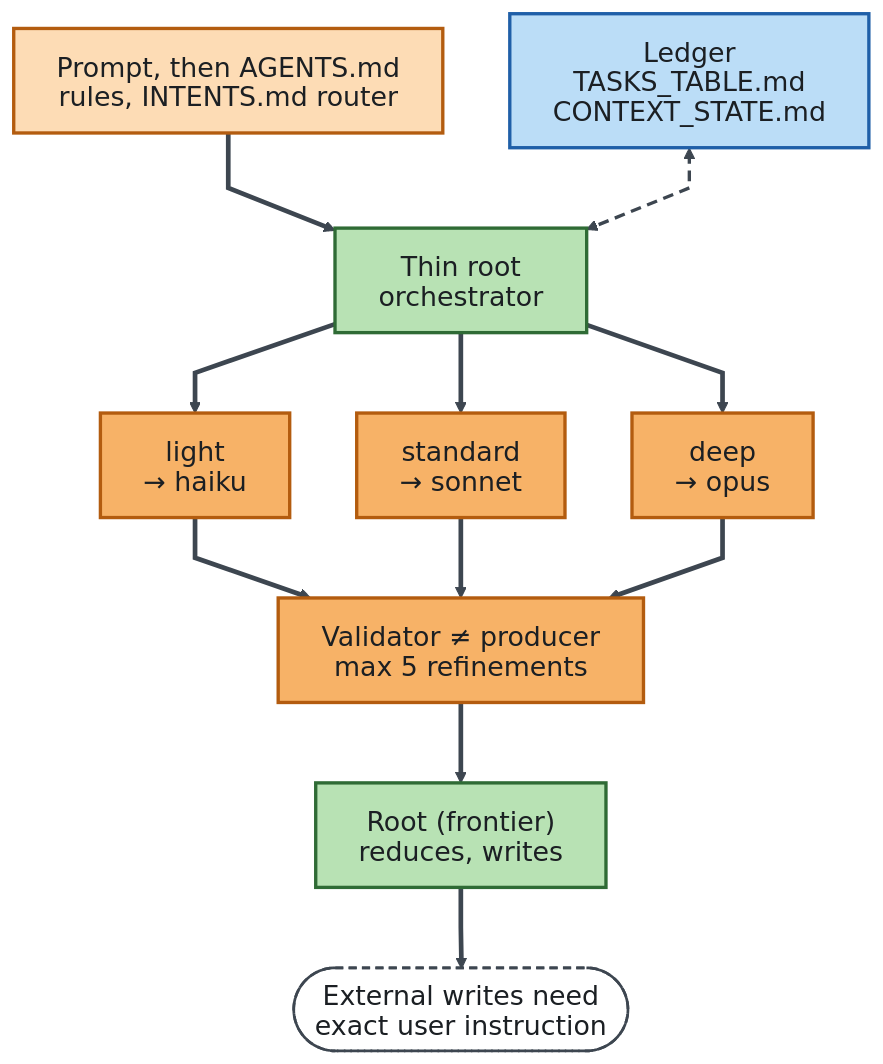
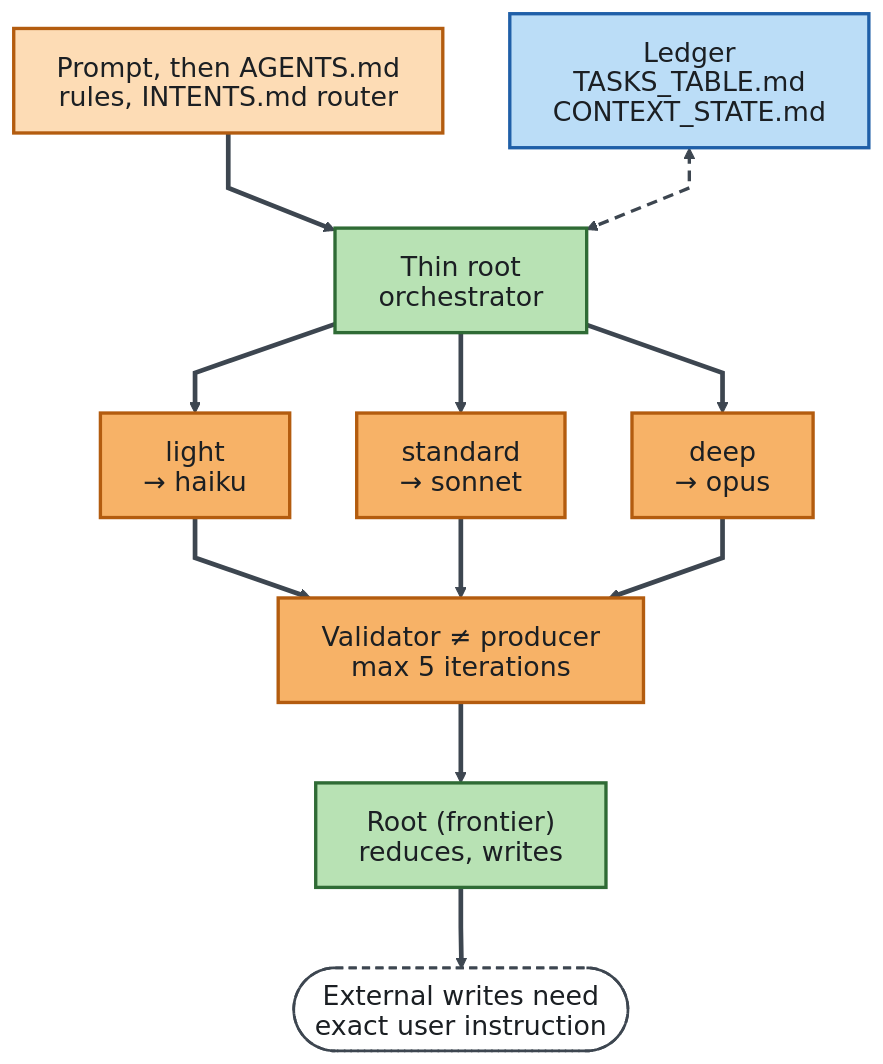
The diagram in docs/diagrams/fig1-orchestrator-hero.mmd (enok/llm-toolkit-project), drawn with Mermaid before and after one commit. The commit also changed 5 other files, not shown here.

First line of the commit message:
docs(diagrams): label the quality loop as max 5 iterations

```diff
--- a/docs/diagrams/fig1-orchestrator-hero.mmd
+++ b/docs/diagrams/fig1-orchestrator-hero.mmd
@@ -1,36 +1,36 @@
 %%{init: {"theme": "base", "themeVariables": {"fontFamily": "Arial, Helvetica, sans-serif", "fontSize": "20px", "background": "#FFFFFF", "primaryColor": "#FFFFFF", "primaryBorderColor": "#1B1F23", "primaryTextColor": "#1B1F23", "secondaryColor": "#FDDCB5", "tertiaryColor": "#F5F7FA", "lineColor": "#3D4650", "textColor": "#1B1F23", "mainBkg": "#FFFFFF", "nodeBorder": "#1B1F23", "clusterBkg": "#F5F7FA", "clusterBorder": "#9AA5B1", "edgeLabelBackground": "#FFFFFF", "noteBkgColor": "#FFF6D6", "noteBorderColor": "#B8860B", "noteTextColor": "#1B1F23", "actorBkg": "#B8E2B4", "actorBorder": "#2F6B35", "actorTextColor": "#1B1F23", "actorLineColor": "#7A8794", "signalColor": "#3D4650", "signalTextColor": "#1B1F23", "labelBoxBkgColor": "#F5F7FA", "labelBoxBorderColor": "#7A8794", "labelTextColor": "#1B1F23", "loopTextColor": "#1B1F23", "activationBkgColor": "#DDEFDB", "activationBorderColor": "#2F6B35", "sequenceNumberColor": "#FFFFFF", "classText": "#1B1F23"}, "htmlLabels": false, "flowchart": {"wrappingWidth": 320, "curve": "linear", "nodeSpacing": 50, "rankSpacing": 60, "padding": 16, "htmlLabels": false}, "sequence": {"actorMargin": 50, "messageMargin": 38, "boxMargin": 10, "noteMargin": 10, "mirrorActors": false, "useMaxWidth": false}, "class": {"padding": 12, "htmlLabels": false}, "fontFamily": "Arial, Helvetica, sans-serif"}}%%
 flowchart TB
     RI["Prompt, then AGENTS.md<br/>rules, INTENTS.md router"]
     C["Ledger<br/>TASKS_TABLE.md<br/>CONTEXT_STATE.md"]
     O["Thin root<br/>orchestrator"]
     L1["light<br/>→ haiku"]
     L2["standard<br/>→ sonnet"]
     L3["deep<br/>→ opus"]
-    V["Validator ≠ producer<br/>max 5 refinements"]
+    V["Validator ≠ producer<br/>max 5 iterations"]
     X["Root (frontier)<br/>reduces, writes"]
     G(["External writes need<br/>exact user instruction"])
 
     RI ==> O
     C <-.-> O
     O ==> L1
     O ==> L2
     O ==> L3
     L1 ==> V
     L2 ==> V
     L3 ==> V
     V ==> X
     X ==> G
 
     classDef client fill:#FFFFFF,stroke:#1B1F23,stroke-width:2.5px,color:#1B1F23
     classDef context fill:#B8E2B4,stroke:#2F6B35,stroke-width:2.5px,color:#1B1F23
     classDef strategy fill:#FDDCB5,stroke:#B35C0F,stroke-width:2.5px,color:#1B1F23
     classDef concrete fill:#F7B267,stroke:#B35C0F,stroke-width:2.5px,color:#1B1F23
     classDef data fill:#BBDDF7,stroke:#1F5FA8,stroke-width:2.5px,color:#1B1F23
     classDef external fill:#FFFFFF,stroke:#3D4650,stroke-width:2px,stroke-dasharray:6 4,color:#1B1F23
 
     class O,X context
     class RI strategy
     class L1,L2,L3,V concrete
     class C data
     class G external
     linkStyle 1 stroke-width:2.5px,stroke-dasharray:8 5
```
